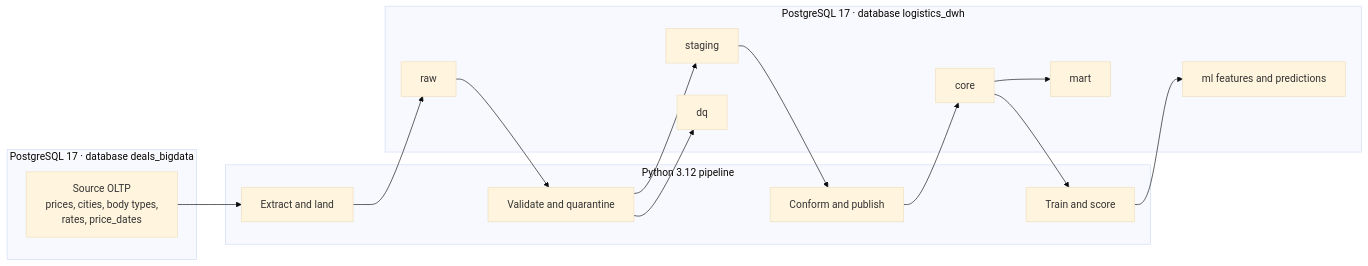
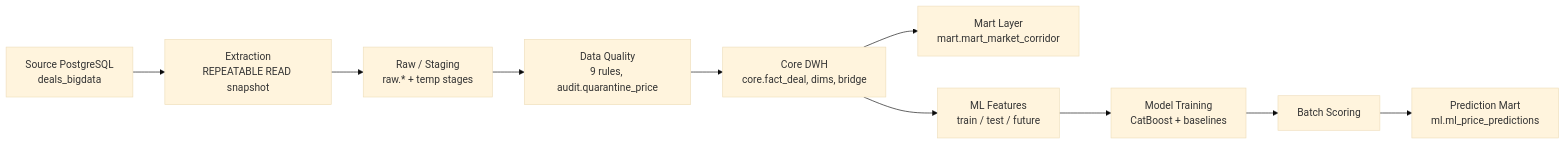
The first of 3 diagrams in docs/architecture.md (stackmesh/logistics-data-platform), drawn with Mermaid (base theme) before and after one commit. The commit also changed other lines of this file and 10 other files, not shown here.

````diff
--- a/docs/architecture.md
+++ b/docs/architecture.md
@@ -62,30 +19,12 @@
 ```mermaid
 flowchart LR
-  subgraph srcDb ["PostgreSQL 17 · database deals_bigdata"]
-    oltp["Source OLTP<br/>prices, cities, body types,<br/>rates, price_dates"]
-  end
-
-  subgraph pipe ["Python 3.12 pipeline"]
-    extract["Extract and land"]
-    quality["Validate and quarantine"]
-    publish["Conform and publish"]
-    train["Train and score"]
-  end
-
-  subgraph dwhDb ["PostgreSQL 17 · database logistics_dwh"]
-    raw["raw"]
-    staging["staging"]
-    dq["dq"]
-    core["core"]
-    mart["mart"]
-    ml["ml features and predictions"]
-  end
-
-  oltp --> extract --> raw
-  raw --> quality
-  quality --> dq
-  quality --> staging --> publish --> core
-  core --> mart
-  core --> train
-  train --> ml
+  src["Source PostgreSQL<br/>deals_bigdata"] --> ext["Extraction<br/>REPEATABLE READ snapshot"]
+  ext --> raw["Raw / Staging<br/>raw.* + temp stages"]
+  raw --> dq["Data Quality<br/>9 rules, audit.quarantine_price"]
+  dq --> core["Core DWH<br/>core.fact_deal, dims, bridge"]
+  core --> mart["Mart Layer<br/>mart.mart_market_corridor"]
+  core --> feat["ML Features<br/>train / test / future"]
+  feat --> train["Model Training<br/>CatBoost + baselines"]
+  train --> score["Batch Scoring"]
+  score --> pred["Prediction Mart<br/>ml.ml_price_predictions"]
 ```
````
